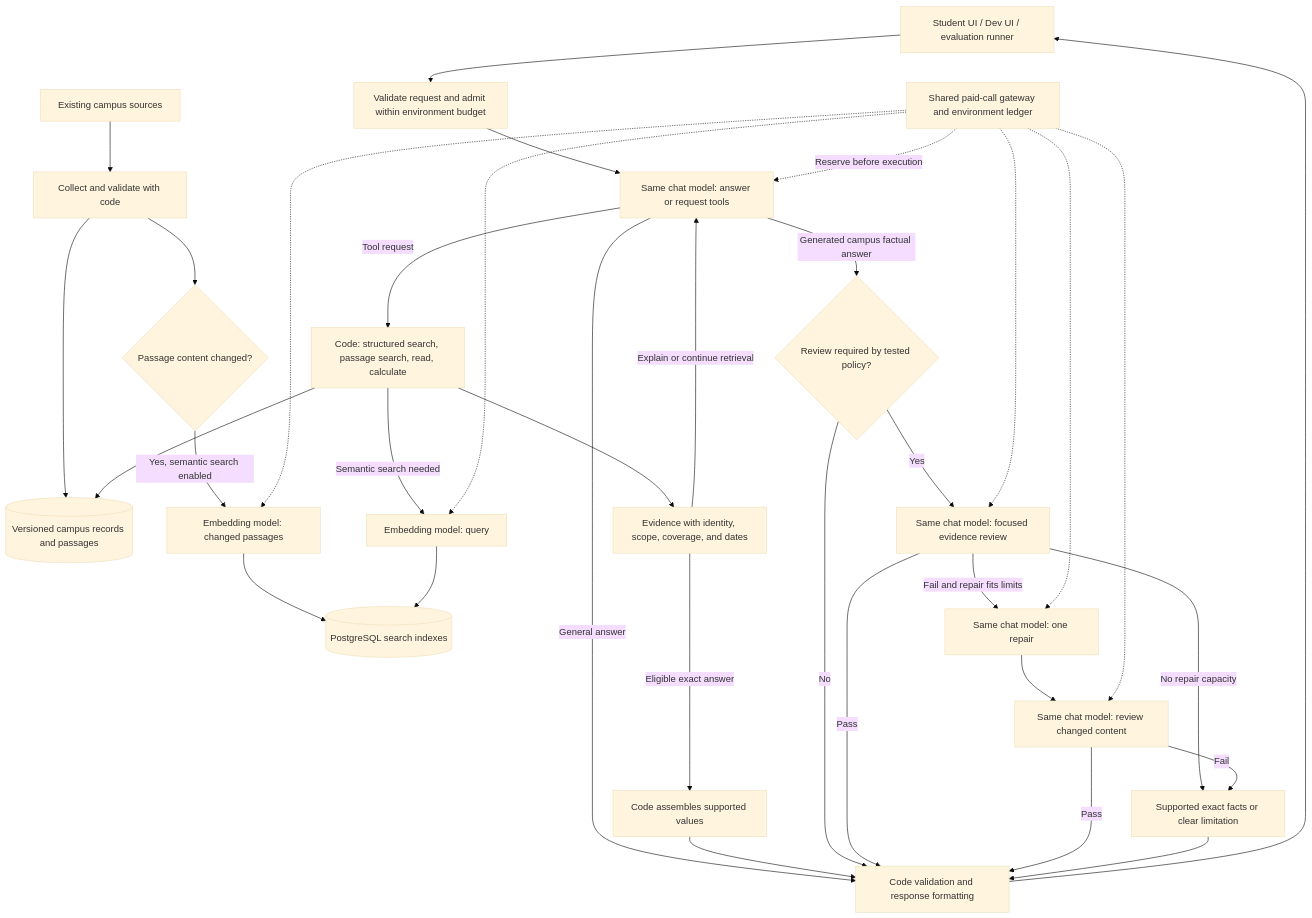
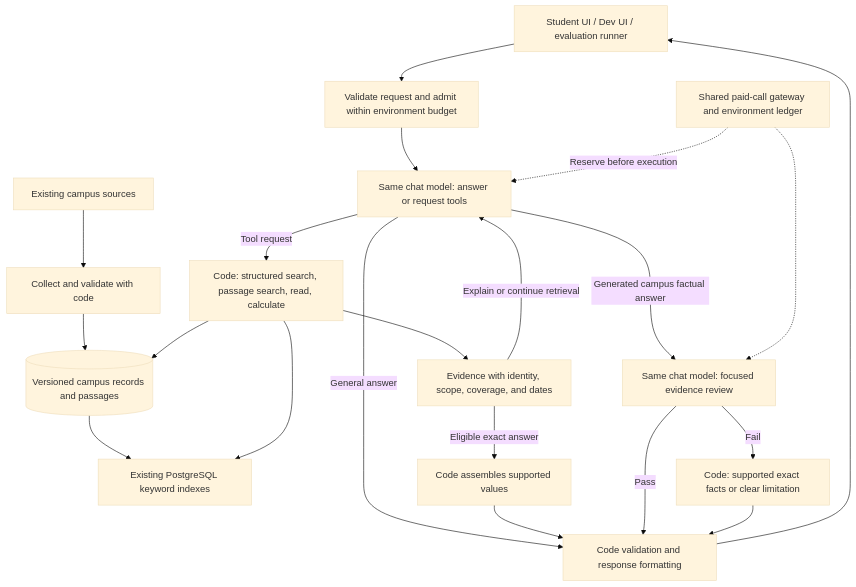
Before and after one commit to Rocky-GPT/rockygpt-brain: the diagram in plan.md, drawn with Mermaid (base theme). The commit also changed other lines of this file and 42 other files, not shown here.

````diff
--- a/plan.md
+++ b/plan.md
@@ -57,38 +74,25 @@
 ```mermaid
 flowchart TD
     Sources[Existing campus sources] --> Ingest[Collect and validate with code]
     Ingest --> Data[(Versioned campus records and passages)]
-    Ingest --> Changed{Passage content changed?}
-    Changed -->|Yes, semantic search enabled| EmbedDocs[Embedding model: changed passages]
-    EmbedDocs --> Index[(PostgreSQL search indexes)]
+    Data --> Index[Existing PostgreSQL keyword indexes]
 
     Client[Student UI / Dev UI / evaluation runner] --> API[Validate request and admit within environment budget]
     API --> Chat[Same chat model: answer or request tools]
     Chat -->|General answer| Format[Code validation and response formatting]
     Chat -->|Tool request| Tools[Code: structured search, passage search, read, calculate]
     Tools --> Data
-    Tools -->|Semantic search needed| EmbedQuery[Embedding model: query]
-    EmbedQuery --> Index
+    Tools --> Index
     Tools --> Evidence[Evidence with identity, scope, coverage, and dates]
     Evidence -->|Eligible exact answer| Exact[Code assembles supported values]
     Exact --> Format
     Evidence -->|Explain or continue retrieval| Chat
-    Chat -->|Generated campus factual answer| Review{Review required by tested policy?}
-    Review -->|Yes| Check[Same chat model: focused evidence review]
-    Review -->|No| Format
+    Chat -->|Generated campus factual answer| Check[Same chat model: focused evidence review]
     Check -->|Pass| Format
-    Check -->|Fail and repair fits limits| Repair[Same chat model: one repair]
-    Repair --> Recheck[Same chat model: review changed content]
-    Recheck -->|Pass| Format
-    Check -->|No repair capacity| Fallback[Supported exact facts or clear limitation]
-    Recheck -->|Fail| Fallback
+    Check -->|Fail| Fallback[Code: supported exact facts or clear limitation]
     Fallback --> Format
     Format --> Client
 
     Gateway[Shared paid-call gateway and environment ledger] -. Reserve before execution .-> Chat
     Gateway -.-> Check
-    Gateway -.-> Repair
-    Gateway -.-> Recheck
-    Gateway -.-> EmbedDocs
-    Gateway -.-> EmbedQuery
 ```
````
